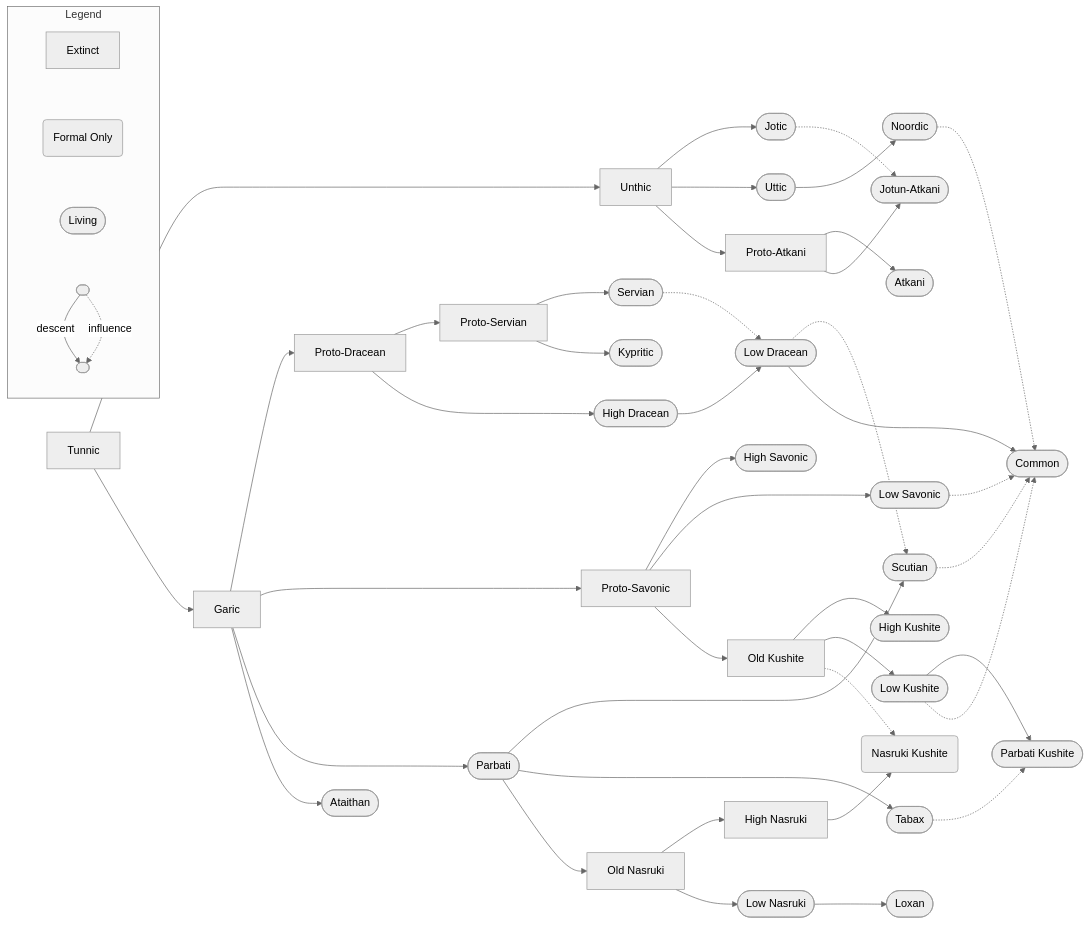
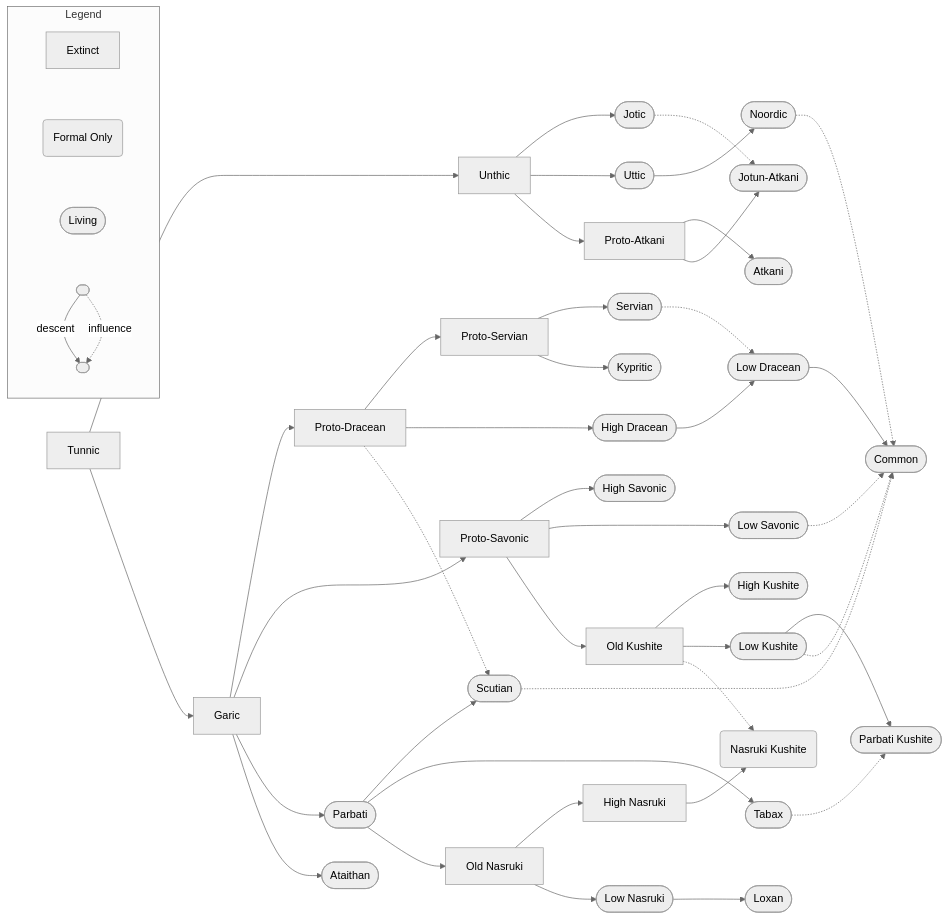
Before and after one commit to TEParsons/Iuncterra: the diagram in source/lore/languages/index.md, drawn with Mermaid (neutral theme).

Commit message:
Scutian influenced by proto dracean rather than low dracean

```diff
--- a/source/lore/languages/index.md
+++ b/source/lore/languages/index.md
@@ -73,7 +73,7 @@
 
 garic --> parbati
 parbati --> scutian
-low-dracean -.-> scutian
+proto-dracean -.-> scutian
 parbati --> tabax
 tabax -.-> parbati-kushite
 parbati --> old-nasruki
```
